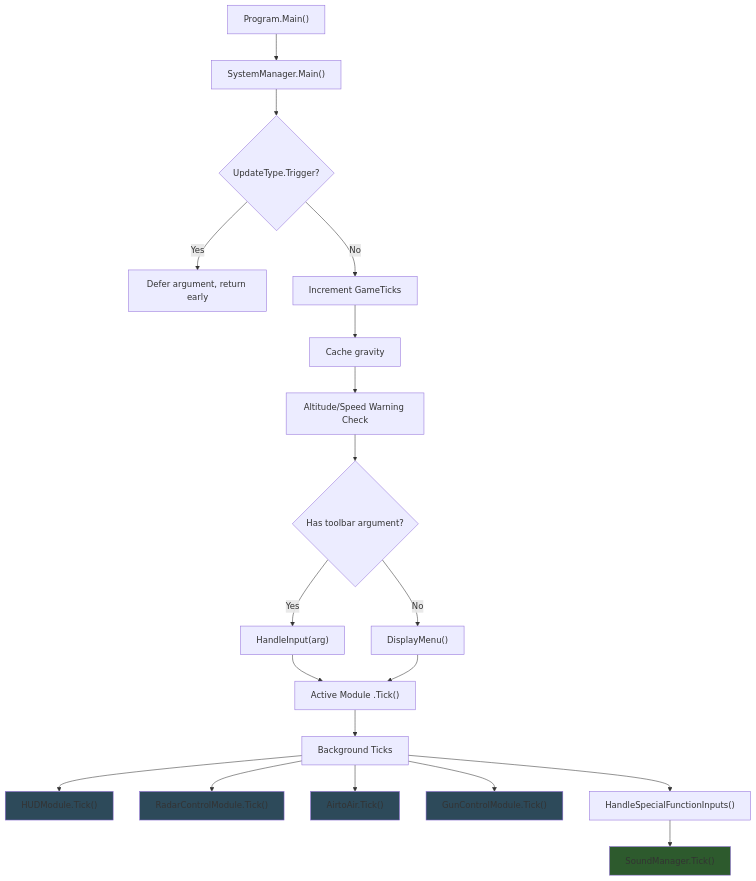
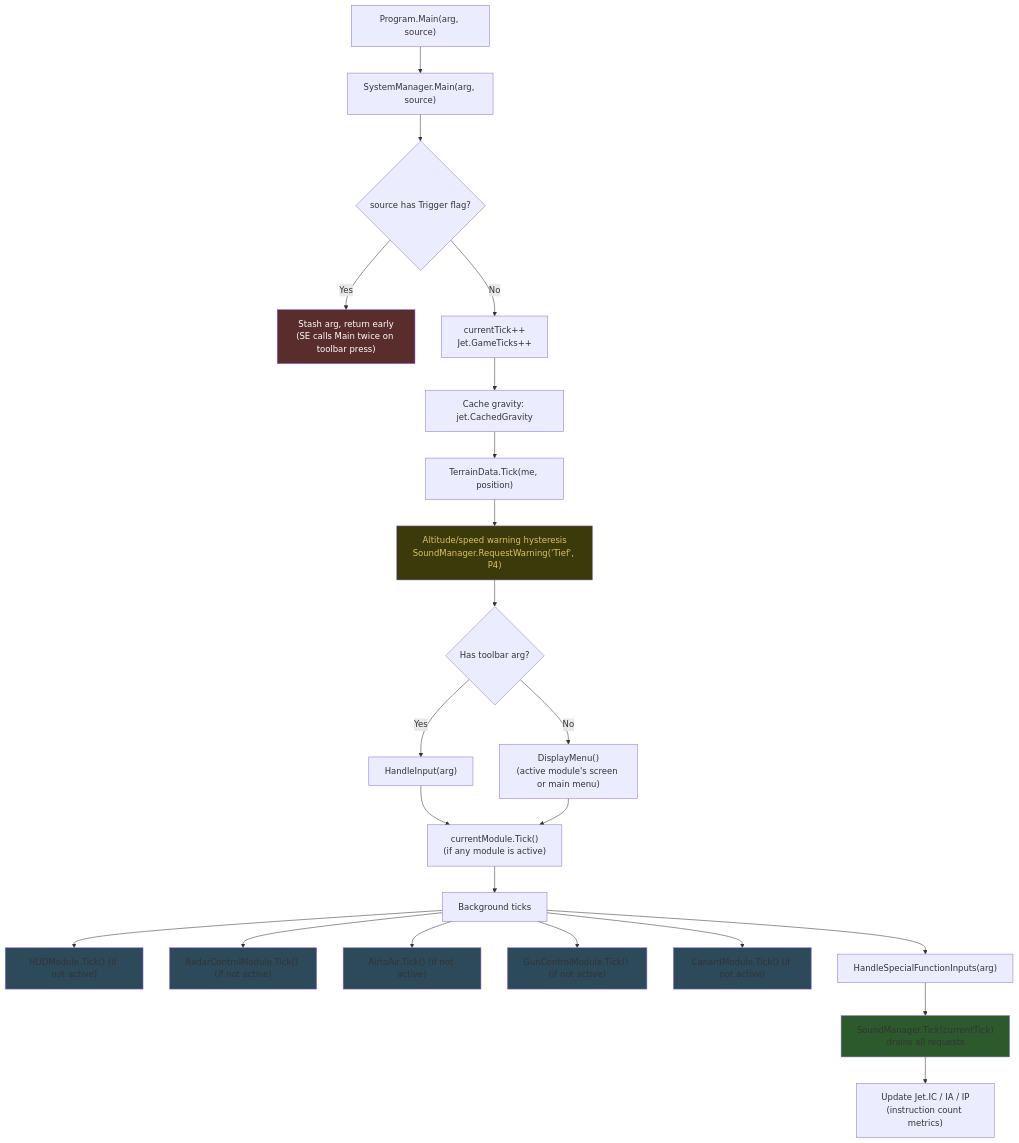
One commit to Terilia/JetOS changed the first of 7 diagrams in docs/architecture.md. Above: the diagram before and after it, drawn with Mermaid. The commit also changed other lines of this file and 23 other files, not shown here.

````diff
--- a/docs/architecture.md
+++ b/docs/architecture.md
@@ -7,27 +45,33 @@
 ```mermaid
 flowchart TD
-    A["Program.Main()"] --> B["SystemManager.Main()"]
-    B --> T{"UpdateType.Trigger?"}
-    T -- Yes --> DEFER["Defer argument, return early"]
-    T -- No --> C["Increment GameTicks"]
-    C --> G1["Cache gravity"]
-    G1 --> D["Altitude/Speed Warning Check"]
-    D --> F{Has toolbar argument?}
-    F -- Yes --> G["HandleInput(arg)"]
-    F -- No --> H["DisplayMenu()"]
-    G --> I["Active Module .Tick()"]
-    H --> I
-    I --> J["Background Ticks"]
-    J --> J2["HUDModule.Tick()"]
-    J --> J3["RadarControlModule.Tick()"]
-    J --> J4["AirtoAir.Tick()"]
-    J --> J5["GunControlModule.Tick()"]
-    J --> SP["HandleSpecialFunctionInputs()"]
-    SP --> SND["SoundManager.Tick()"]
+    A["Program.Main(arg, source)"] --> B["SystemManager.Main(arg, source)"]
+    B --> T{"source has Trigger flag?"}
+    T -- Yes --> DEFER["Stash arg, return early<br/>(SE calls Main twice on toolbar press)"]
+    T -- No --> CT["currentTick++<br/>Jet.GameTicks++"]
+    CT --> G1["Cache gravity: jet.CachedGravity"]
+    G1 --> TC["TerrainData.Tick(me, position)"]
+    TC --> WARN["Altitude/speed warning hysteresis<br/>SoundManager.RequestWarning('Tief', P4)"]
+    WARN --> ARG{Has toolbar arg?}
+    ARG -- Yes --> IN["HandleInput(arg)"]
+    ARG -- No --> MENU["DisplayMenu()<br/>(active module's screen or main menu)"]
+    IN --> ACT
+    MENU --> ACT["currentModule.Tick()<br/>(if any module is active)"]
+    ACT --> BG["Background ticks"]
+    BG --> H["HUDModule.Tick() (if not active)"]
+    BG --> R["RadarControlModule.Tick() (if not active)"]
+    BG --> AA["AirtoAir.Tick() (if not active)"]
+    BG --> GC["GunControlModule.Tick() (if not active)"]
+    BG --> CD["CanardModule.Tick() (if not active)"]
+    BG --> SF["HandleSpecialFunctionInputs(arg)"]
+    SF --> SND["SoundManager.Tick(currentTick)<br/>drains all requests"]
+    SND --> MET["Update Jet.IC / IA / IP<br/>(instruction count metrics)"]
 
-    style J2 fill:#2d4a5a
-    style J3 fill:#2d4a5a
-    style J4 fill:#2d4a5a
-    style J5 fill:#2d4a5a
+    style DEFER fill:#5a2d2d,color:#fff
+    style H fill:#2d4a5a
+    style R fill:#2d4a5a
+    style AA fill:#2d4a5a
+    style GC fill:#2d4a5a
+    style CD fill:#2d4a5a
     style SND fill:#2d5a2d
+    style WARN fill:#3a3a0a,color:#e0c060
 ```
````
